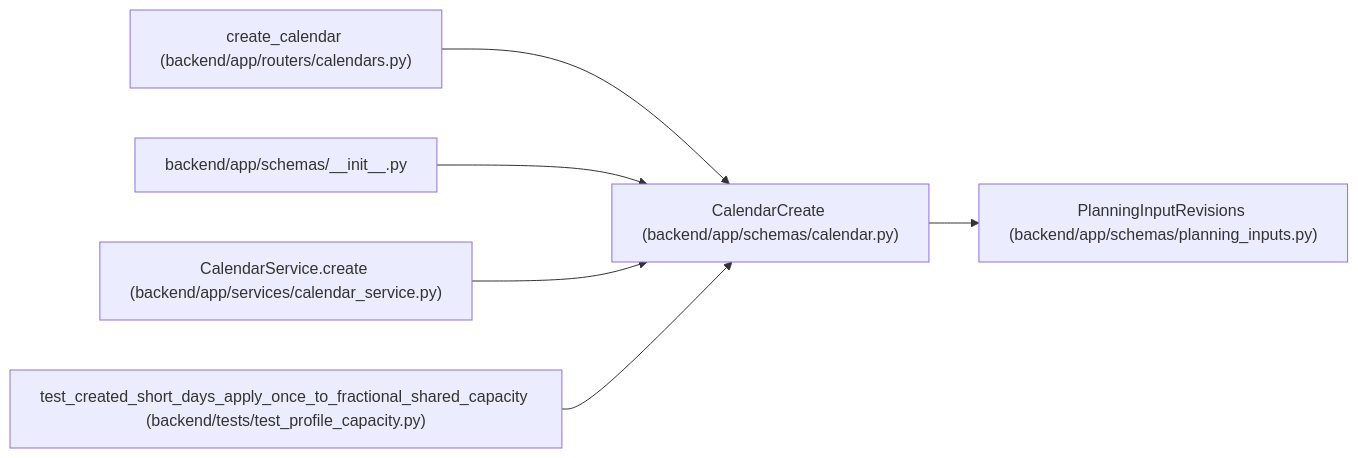
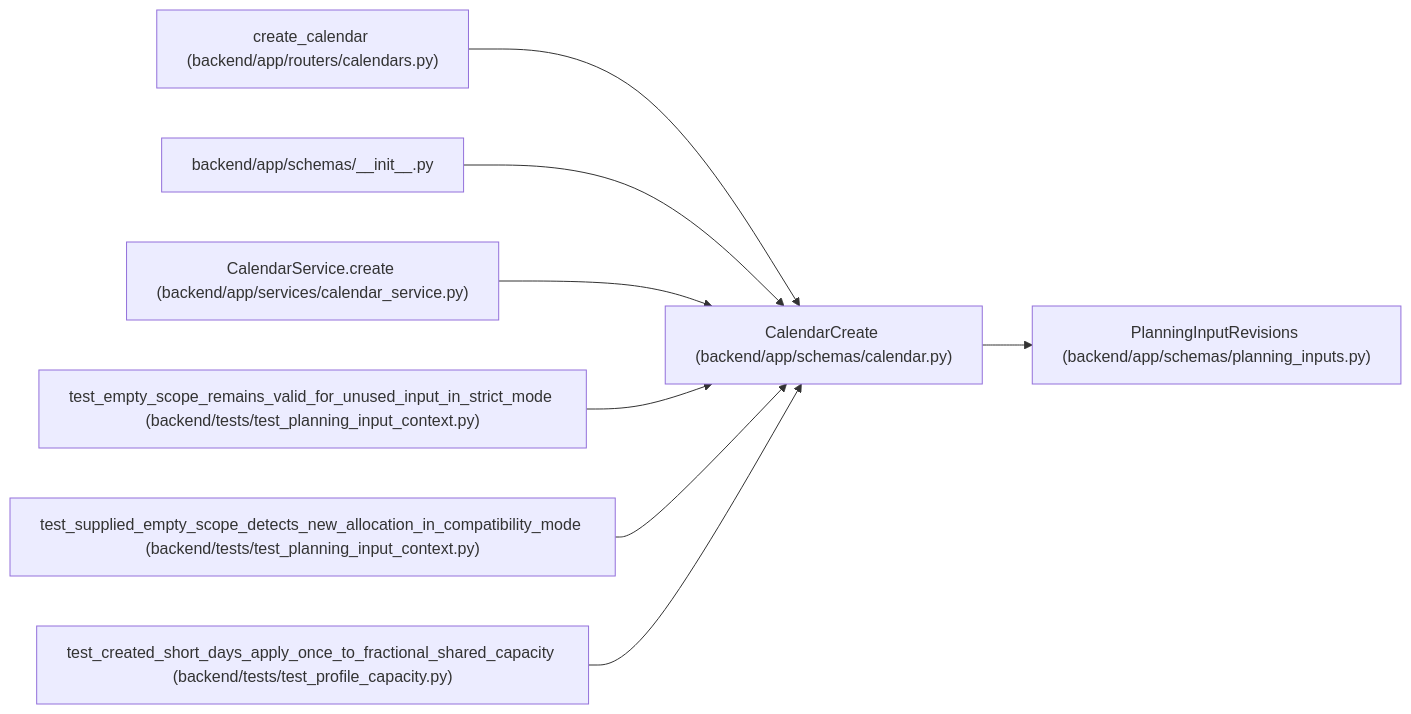
One commit to Denissvgn/WorkChord changed the diagram in docs/llm_wiki/entities/schemas_calendar_CalendarCreate.md. Above: the diagram before and after it, drawn with Mermaid. The commit also changed other lines of this file and 476 other files, not shown here.

Commit message:
docs: document complete planning input observations

````diff
--- a/docs/llm_wiki/entities/schemas_calendar_CalendarCreate.md
+++ b/docs/llm_wiki/entities/schemas_calendar_CalendarCreate.md
@@ -31,20 +31,26 @@
 ```mermaid
 flowchart LR
     n0["CalendarCreate (backend/app/schemas/calendar.py)"]
     n1["PlanningInputRevisions (backend/app/schemas/planning_inputs.py)"]
     n2["create_calendar (backend/app/routers/calendars.py)"]
     n3["backend/app/schemas/__init__.py"]
     n4["CalendarService.create (backend/app/services/calendar_service.py)"]
-    n5["test_created_short_days_apply_once_to_fractional_shared_capacity (backend/tests/test_profile_capacity.py)"]
+    n5["test_empty_scope_remains_valid_for_unused_input_in_strict_mode (backend/tests/test_planning_input_context.py)"]
+    n6["test_supplied_empty_scope_detects_new_allocation_in_compatibility_mode (backend/tests/test_planning_input_context.py)"]
+    n7["test_created_short_days_apply_once_to_fractional_shared_capacity (backend/tests/test_profile_capacity.py)"]
     n0 --> n1
     n2 --> n0
     n3 --> n0
     n4 --> n0
     n5 --> n0
+    n6 --> n0
+    n7 --> n0
     click n0 "../modules/schemas_calendar.md"
     click n1 "../modules/planning_inputs.md"
     click n2 "../modules/calendars.md"
     click n3 "../modules/schemas___init__.md"
     click n4 "../modules/calendar_service.md"
-    click n5 "../modules/test_profile_capacity.md"
+    click n5 "../modules/test_planning_input_context.md"
+    click n6 "../modules/test_planning_input_context.md"
+    click n7 "../modules/test_profile_capacity.md"
 ```
````
